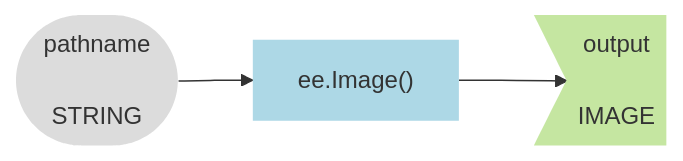
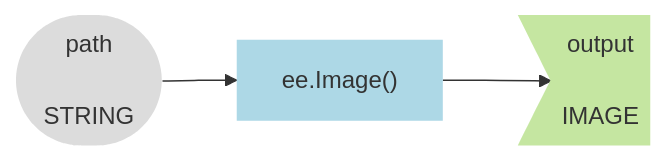
The sixth of 19 diagrams in src/workflows/grassland_bird_habitat.md (jeffhowarth/eeprimer), drawn with Mermaid before and after one commit. The commit also changed other lines of this file and 8 other files, not shown here.

````diff
--- a/src/workflows/grassland_bird_habitat.md
+++ b/src/workflows/grassland_bird_habitat.md
@@ -276,10 +343,10 @@
 ``` mermaid
 graph LR
   method1["ee.Image()"] ;
-  arg_att1([pathname\n\nSTRING]) --> method1;
+  arg_att1([path\n\nSTRING]) --> method1;
   method1 --> output>output\n\nIMAGE];
 
   style method1 fill:#ADD8E6,stroke-width:0px
   style output fill:#C5E6A1,stroke-width:0px
   style arg_att1 fill:#DCDCDC,stroke-width:0px
 ```
````
